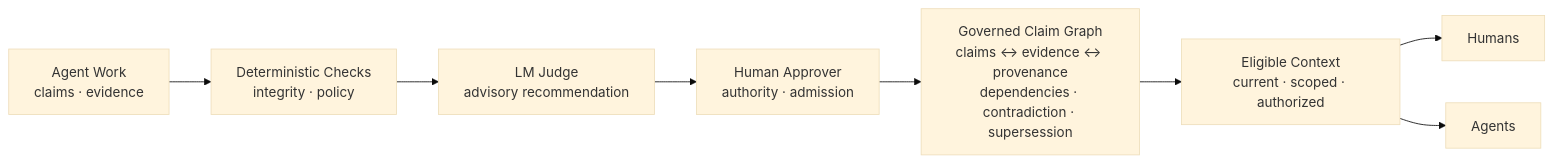
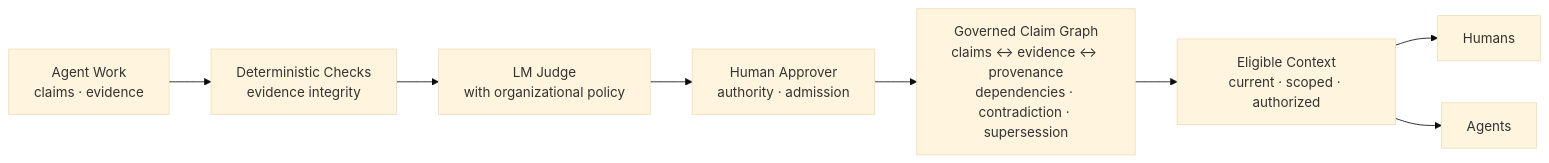
Before and after one commit to chenmingtang830/proofpress: the first of 2 diagrams in README.md, drawn with Mermaid (base theme). The commit also changed other lines of this file, not shown here.

Commit message:
docs: explain LM policy evaluation plainly

````diff
--- a/README.md
+++ b/README.md
@@ -123,10 +123,10 @@
 ```mermaid
 flowchart LR
-  W["Agent Work<br/>claims · evidence"] --> D["Deterministic Checks<br/>integrity · policy"]
-  D --> J["LM Judge<br/>advisory recommendation"]
+  W["Agent Work<br/>claims · evidence"] --> D["Deterministic Checks<br/>evidence integrity"]
+  D --> J["LM Judge<br/>with organizational policy"]
   J --> R["Human Approver<br/>authority · admission"]
   R --> C["Governed Claim Graph<br/>claims ↔ evidence ↔ provenance<br/>dependencies · contradiction · supersession"]
   C --> E["Eligible Context<br/>current · scoped · authorized"]
   E --> H["Humans"]
   E --> A["Agents"]
 ```
````
